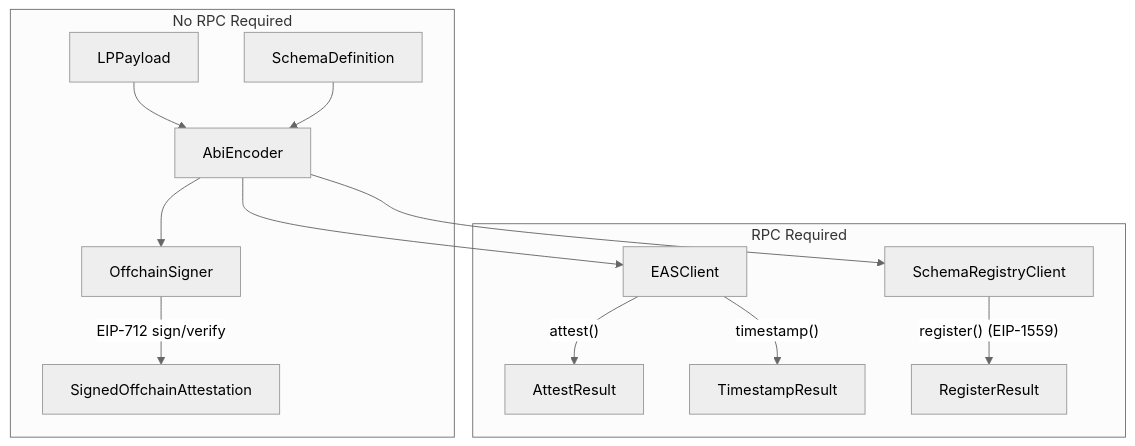
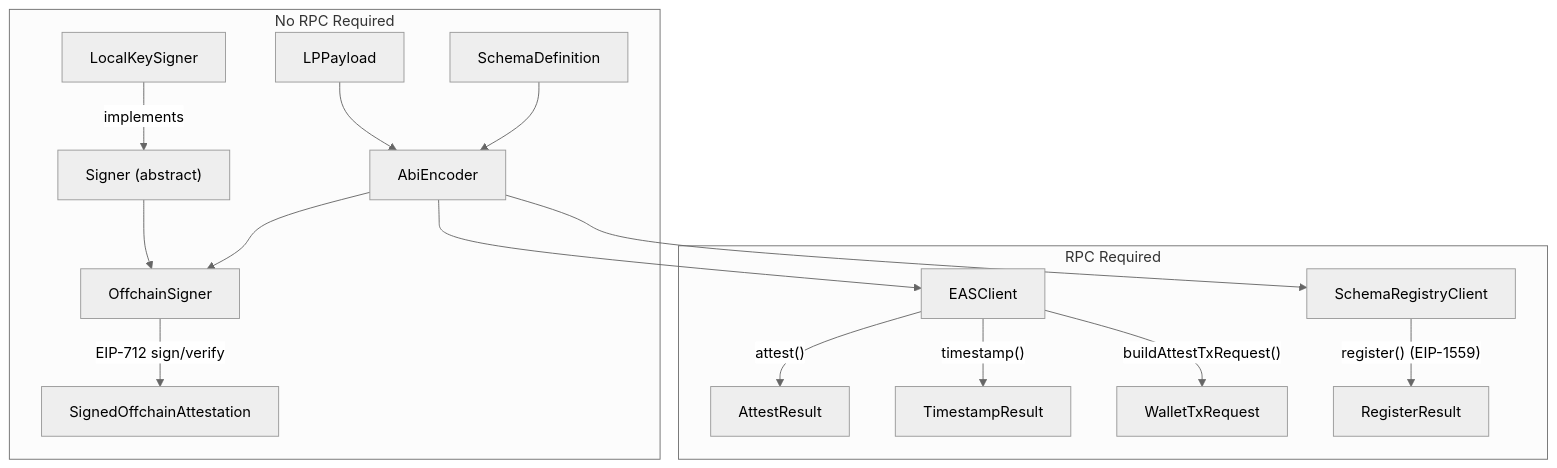
The diagram in README.md (DecentralizedGeo/location-protocol-dart), drawn with Mermaid (neutral theme) before and after one commit. The commit also changed other lines of this file and 10 other files, not shown here.

````diff
--- a/README.md
+++ b/README.md
@@ -154,23 +156,28 @@
 ```mermaid
 flowchart TD
   subgraph "No RPC Required"
+    SK["Signer (abstract)"]
+    LKS["LocalKeySigner"]
     LP["LPPayload"]
     SD["SchemaDefinition"]
     AE["AbiEncoder"]
     OS["OffchainSigner"]
+    LKS -->|implements| SK
+    SK --> OS
     LP --> AE
     SD --> AE
     AE --> OS
     OS -->|"EIP-712 sign/verify"| SOA["SignedOffchainAttestation"]
   end
 
   subgraph "RPC Required"
     EC["EASClient"]
     SR["SchemaRegistryClient"]
     AE --> EC
     AE --> SR
     EC -->|"attest()"| AR["AttestResult"]
     EC -->|"timestamp()"| TR["TimestampResult"]
+    EC -->|"buildAttestTxRequest()"| WR["WalletTxRequest"]
     SR -->|"register() (EIP-1559)"| RR["RegisterResult"]
   end
 ```
````
